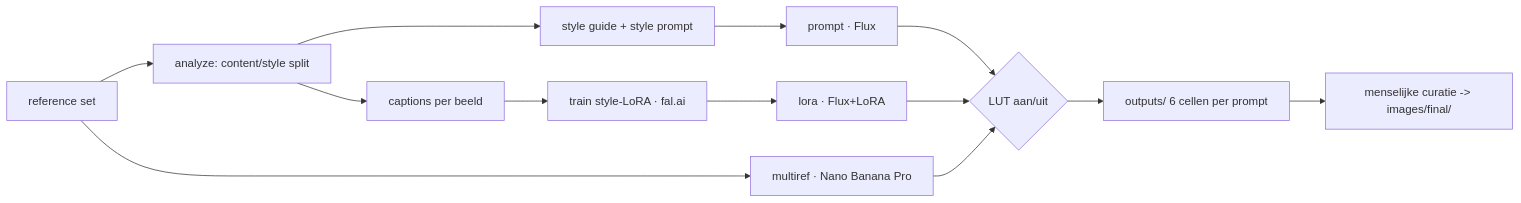
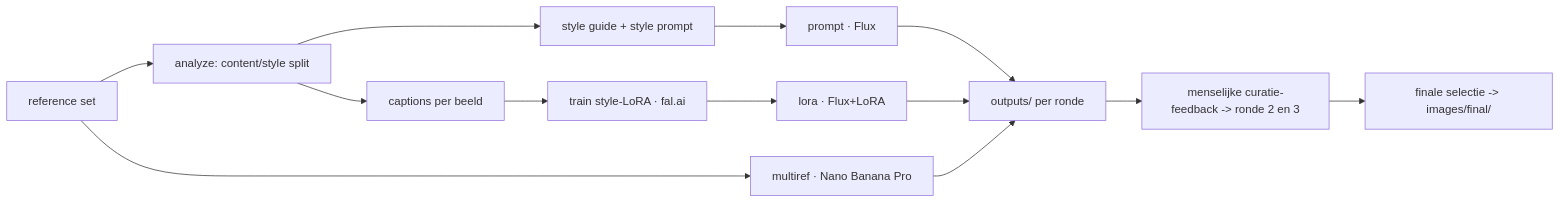
Before and after one commit to elmr1337/act-case: the diagram in opdracht-1/README.md, drawn with Mermaid. The commit also changed other lines of this file and 2 other files, not shown here.

First line of the commit message:
docs: LUT-as bewust geschrapt — eerlijk gedocumenteerd als verbeterpunt

````diff
--- a/opdracht-1/README.md
+++ b/opdracht-1/README.md
@@ -25,13 +27,13 @@
 ```mermaid
 flowchart LR
     A[reference set] --> B[analyze: content/style split]
     B --> C[style guide + style prompt]
     B --> D[captions per beeld]
     C --> E[prompt · Flux]
     A --> F[multiref · Nano Banana Pro]
     D --> G[train style-LoRA · fal.ai]
     G --> H[lora · Flux+LoRA]
-    E & F & H --> I{LUT aan/uit}
-    I --> J[outputs/ 6 cellen per prompt]
-    J --> K[menselijke curatie -> images/final/]
+    E & F & H --> J[outputs/ per ronde]
+    J --> K[menselijke curatie-feedback -> ronde 2 en 3]
+    K --> L[finale selectie -> images/final/]
 ```
````
